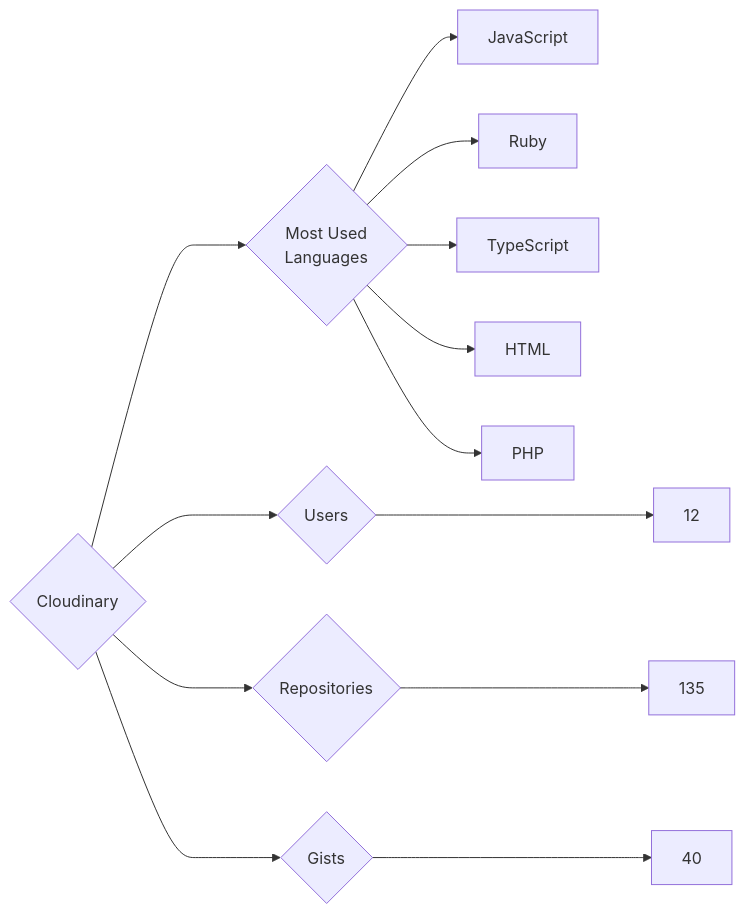
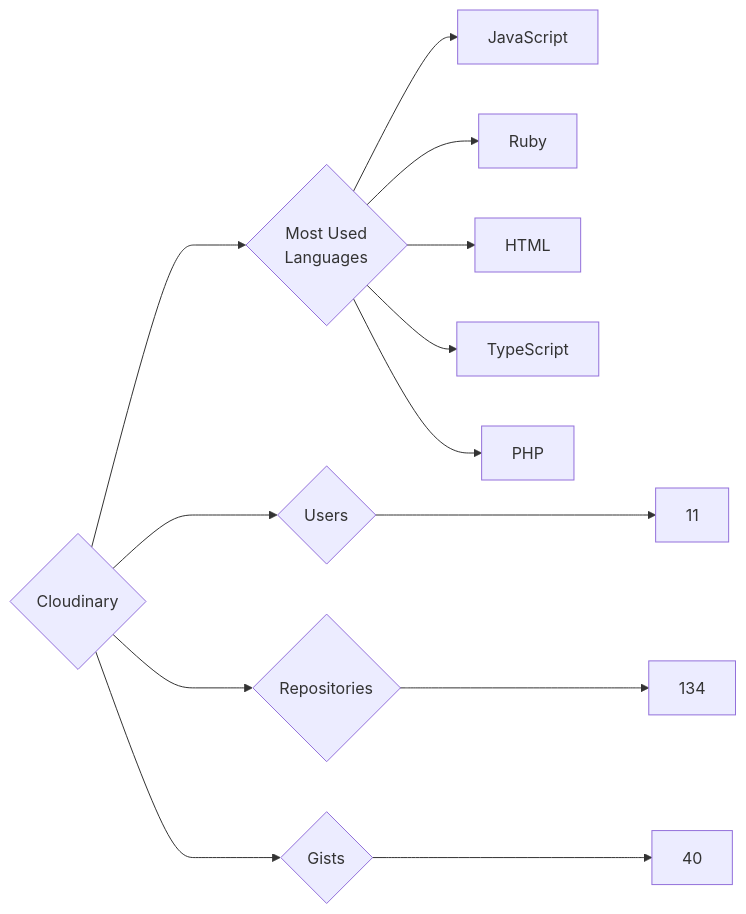
The diagram in targets/Cloudinary/README.md (trickest/insiders), drawn with Mermaid before and after one commit. The commit also changed 636 other files, not shown here.

````diff
--- a/targets/Cloudinary/README.md
+++ b/targets/Cloudinary/README.md
@@ -3,13 +3,13 @@
 ```mermaid
 graph LR
 COMPANY_NAME{Cloudinary}
-COMPANY_NAME ---> U{Users} ---> UN[12]
-COMPANY_NAME ---> R{Repositories} ---> RN[135]
+COMPANY_NAME ---> U{Users} ---> UN[11]
+COMPANY_NAME ---> R{Repositories} ---> RN[134]
 COMPANY_NAME ---> G{Gists} ---> GN[40]
 COMPANY_NAME ---> ML{Most Used<br>Languages}
 ML --> JavaScript[JavaScript]
 ML --> Ruby[Ruby]
+ML --> HTML[HTML]
 ML --> TypeScript[TypeScript]
-ML --> HTML[HTML]
 ML --> PHP[PHP]
 ```
````
